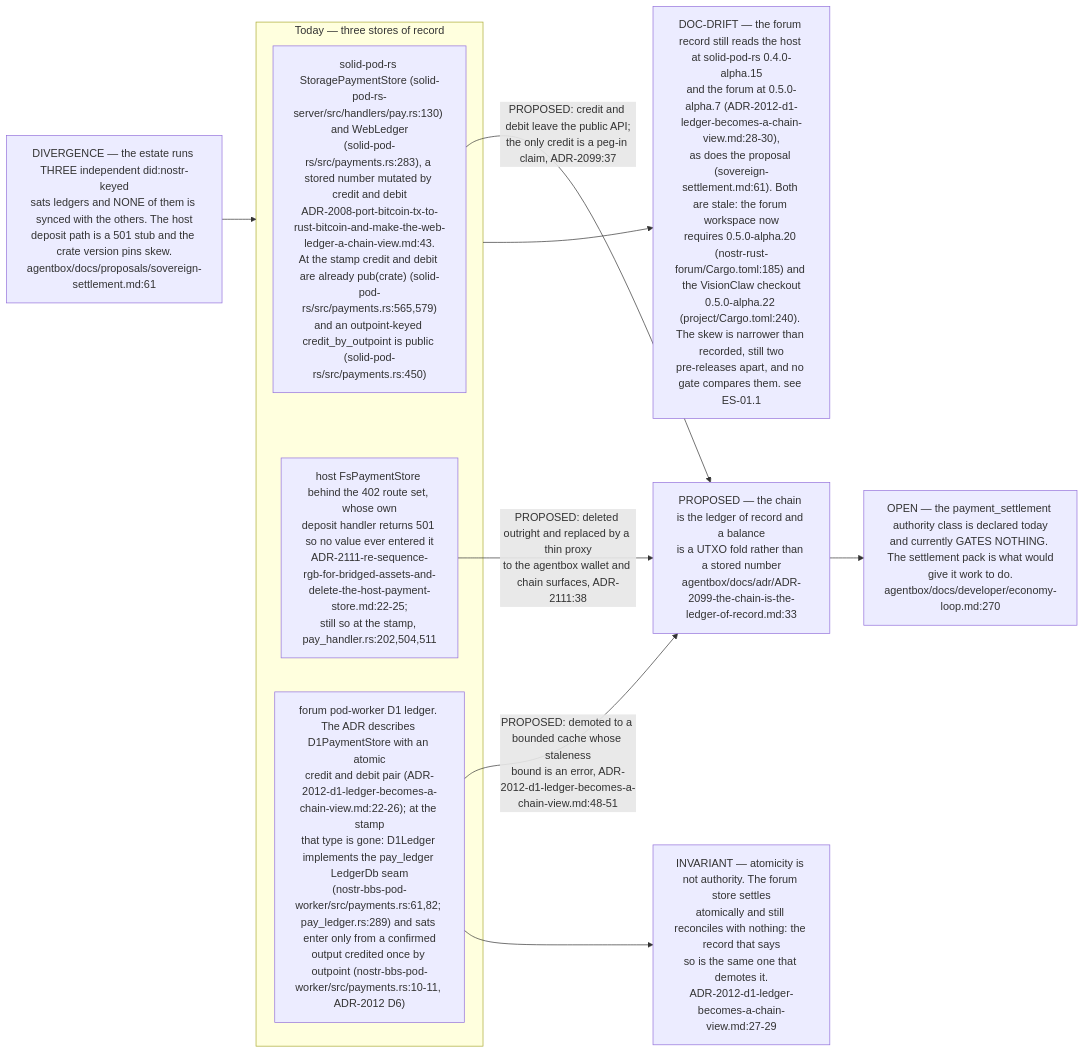
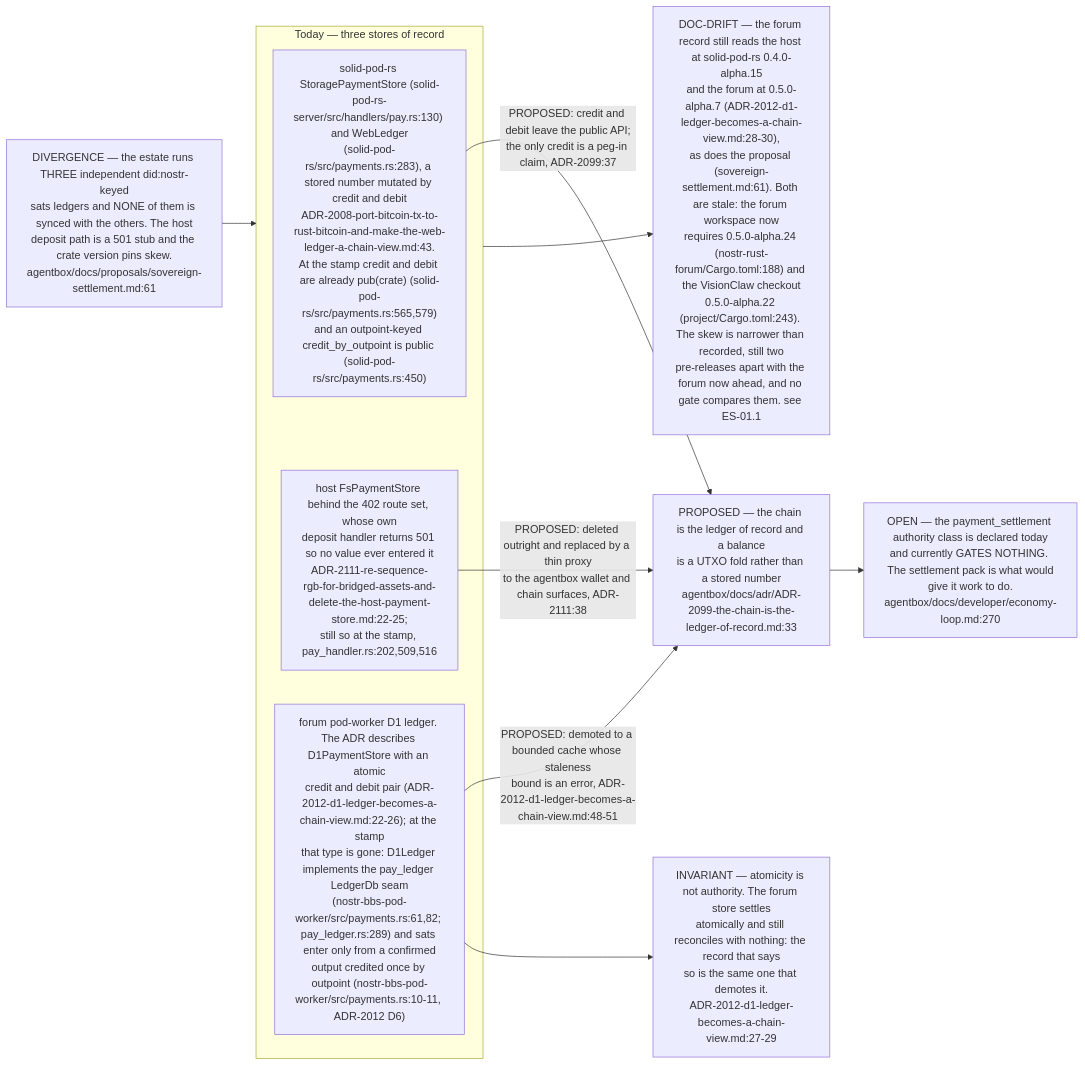
One commit to DreamLab-AI/VisionFlow changed diagram 12 of 12 in docs/diagrams/estate/03-cross-repo-federation-contract.md. Above: the diagram before and after it, drawn with Mermaid. The commit also changed other lines of this file and 6 other files, not shown here.

````diff
--- a/docs/diagrams/estate/03-cross-repo-federation-contract.md
+++ b/docs/diagrams/estate/03-cross-repo-federation-contract.md
@@ -512,25 +512,25 @@
 ```mermaid
 flowchart LR
     FACT["DIVERGENCE — the estate runs THREE independent did:nostr-keyed<br/>sats ledgers and NONE of them is synced with the others. The host<br/>deposit path is a 501 stub and the crate version pins skew.<br/>agentbox/docs/proposals/sovereign-settlement.md:61"]
 
     subgraph TODAY["Today — three stores of record"]
         L1["solid-pod-rs StoragePaymentStore (solid-pod-rs-server/src/handlers/pay.rs:130) and WebLedger<br/>(solid-pod-rs/src/payments.rs:283), a stored number mutated by credit and debit<br/>ADR-2008-port-bitcoin-tx-to-rust-bitcoin-and-make-the-web-ledger-a-chain-view.md:43.<br/>At the stamp credit and debit are already pub(crate) (solid-pod-rs/src/payments.rs:565,579)<br/>and an outpoint-keyed credit_by_outpoint is public (solid-pod-rs/src/payments.rs:450)"]
-        L2["host FsPaymentStore behind the 402 route set, whose own<br/>deposit handler returns 501 so no value ever entered it<br/>ADR-2111-re-sequence-rgb-for-bridged-assets-and-delete-the-host-payment-store.md:22-25;<br/>still so at the stamp, pay_handler.rs:202,504,511"]
+        L2["host FsPaymentStore behind the 402 route set, whose own<br/>deposit handler returns 501 so no value ever entered it<br/>ADR-2111-re-sequence-rgb-for-bridged-assets-and-delete-the-host-payment-store.md:22-25;<br/>still so at the stamp, pay_handler.rs:202,509,516"]
         L3["forum pod-worker D1 ledger. The ADR describes D1PaymentStore with an atomic<br/>credit and debit pair (ADR-2012-d1-ledger-becomes-a-chain-view.md:22-26); at the stamp<br/>that type is gone: D1Ledger implements the pay_ledger LedgerDb seam<br/>(nostr-bbs-pod-worker/src/payments.rs:61,82; pay_ledger.rs:289) and sats enter only from a confirmed<br/>output credited once by outpoint (nostr-bbs-pod-worker/src/payments.rs:10-11, ADR-2012 D6)"]
     end
     FACT --> TODAY
 
     CHAIN["PROPOSED — the chain is the ledger of record and a balance<br/>is a UTXO fold rather than a stored number<br/>agentbox/docs/adr/ADR-2099-the-chain-is-the-ledger-of-record.md:33"]
     L1 -->|"PROPOSED: credit and debit leave the public API;<br/>the only credit is a peg-in claim, ADR-2099:37"| CHAIN
     L2 -->|"PROPOSED: deleted outright and replaced by a thin proxy<br/>to the agentbox wallet and chain surfaces, ADR-2111:38"| CHAIN
     L3 -->|"PROPOSED: demoted to a bounded cache whose staleness<br/>bound is an error, ADR-2012-d1-ledger-becomes-a-chain-view.md:48-51"| CHAIN
 
     INV2["INVARIANT — atomicity is not authority. The forum store settles<br/>atomically and still reconciles with nothing: the record that says<br/>so is the same one that demotes it.<br/>ADR-2012-d1-ledger-becomes-a-chain-view.md:27-29"]
     L3 --> INV2
 
     GATE["OPEN — the payment_settlement authority class is declared today<br/>and currently GATES NOTHING. The settlement pack is what would<br/>give it work to do.<br/>agentbox/docs/developer/economy-loop.md:270"]
     CHAIN --> GATE
 
-    SKEW["DOC-DRIFT — the forum record still reads the host at solid-pod-rs 0.4.0-alpha.15<br/>and the forum at 0.5.0-alpha.7 (ADR-2012-d1-ledger-becomes-a-chain-view.md:28-30),<br/>as does the proposal (sovereign-settlement.md:61). Both are stale: the forum workspace now<br/>requires 0.5.0-alpha.20 (nostr-rust-forum/Cargo.toml:185) and the VisionClaw checkout<br/>0.5.0-alpha.22 (project/Cargo.toml:240). The skew is narrower than recorded, still two<br/>pre-releases apart, and no gate compares them. see ES-01.1"]
+    SKEW["DOC-DRIFT — the forum record still reads the host at solid-pod-rs 0.4.0-alpha.15<br/>and the forum at 0.5.0-alpha.7 (ADR-2012-d1-ledger-becomes-a-chain-view.md:28-30),<br/>as does the proposal (sovereign-settlement.md:61). Both are stale: the forum workspace now<br/>requires 0.5.0-alpha.24 (nostr-rust-forum/Cargo.toml:188) and the VisionClaw checkout<br/>0.5.0-alpha.22 (project/Cargo.toml:243). The skew is narrower than recorded, still two<br/>pre-releases apart with the forum now ahead, and no gate compares them. see ES-01.1"]
     TODAY --> SKEW
 ```
````
